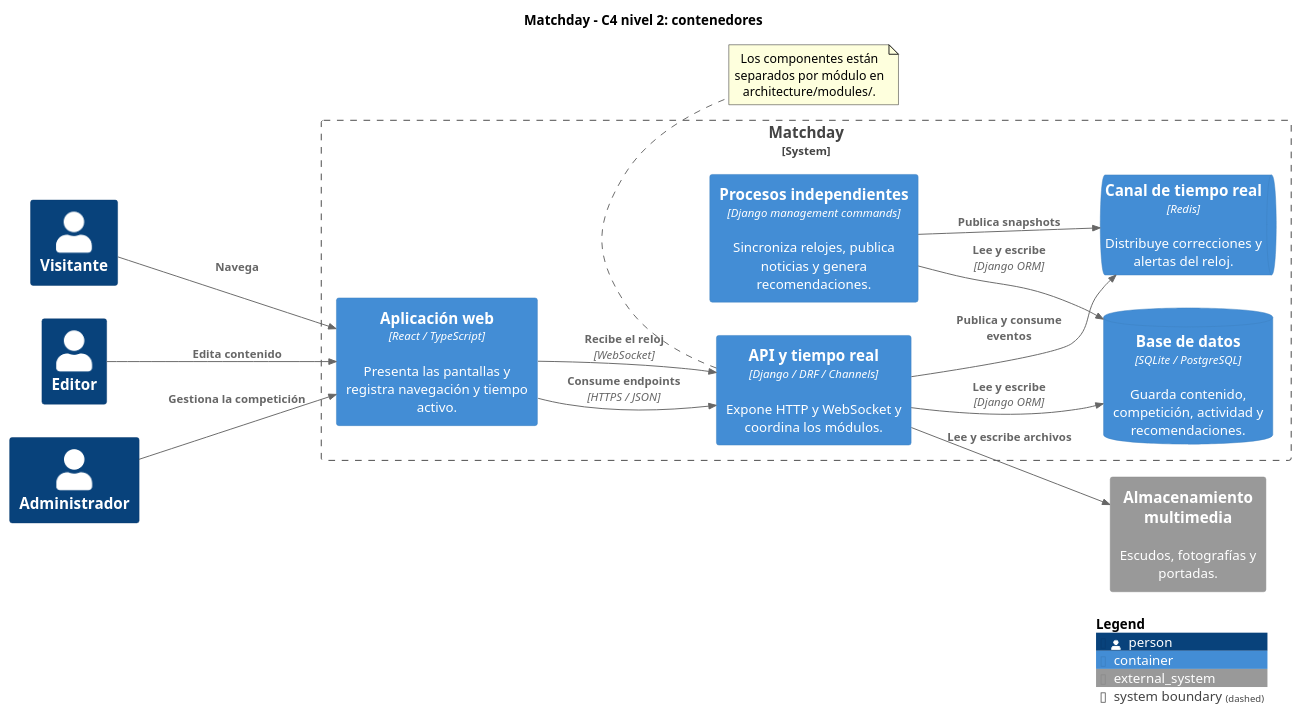
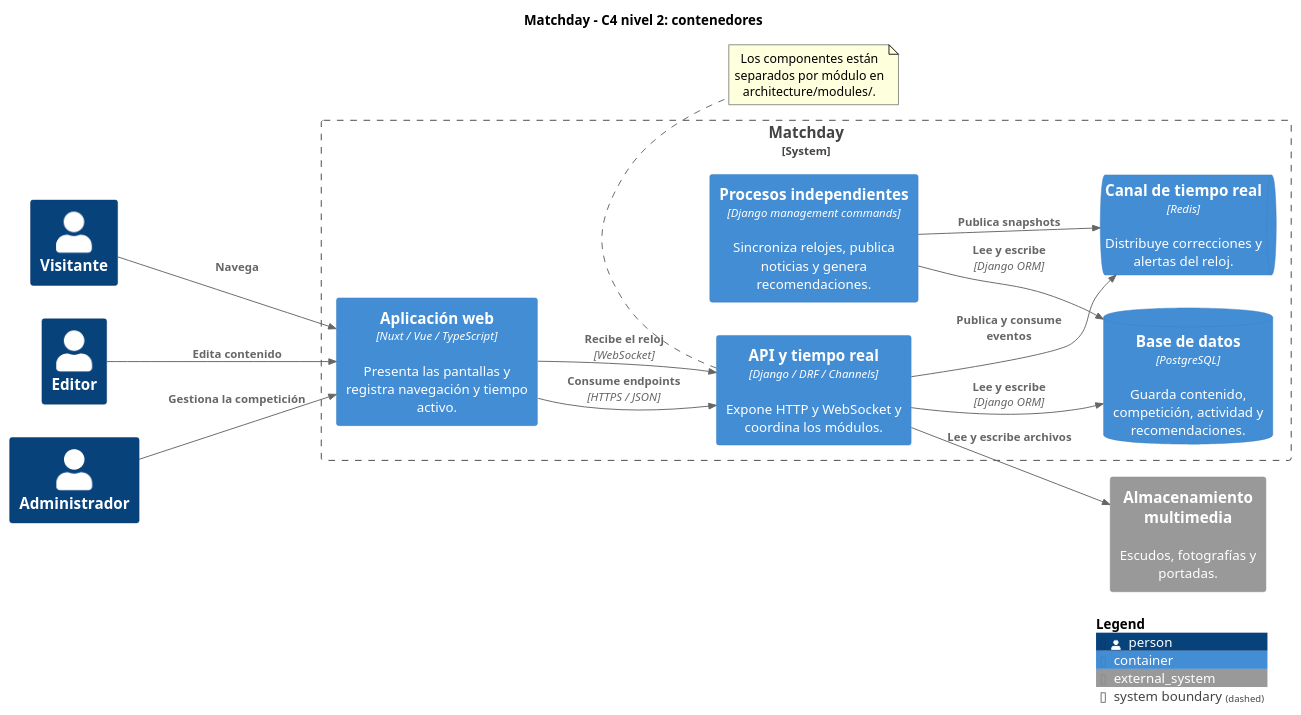
One commit to JaredDet/Match-Day changed the diagram in docs/diagrams/architecture/containers.puml. Above: the diagram before and after it, drawn with PlantUML. The commit also changed 8 other files, not shown here.

Commit message:
feat(backend): integrar PostgreSQL Redis y procesos con Docker

```diff
--- a/docs/diagrams/architecture/containers.puml
+++ b/docs/diagrams/architecture/containers.puml
@@ -1,38 +1,38 @@
 @startuml MatchdayContainers
 !include <C4/C4_Container>
 
 title Matchday - C4 nivel 2: contenedores
 LAYOUT_LEFT_RIGHT()
 
 Person(visitor, "Visitante")
 Person(editor, "Editor")
 Person(admin, "Administrador")
 
 System_Boundary(matchday, "Matchday") {
-  Container(web, "Aplicación web", "React / TypeScript", "Presenta las pantallas y registra navegación y tiempo activo.")
+  Container(web, "Aplicación web", "Nuxt / Vue / TypeScript", "Presenta las pantallas y registra navegación y tiempo activo.")
   Container(api, "API y tiempo real", "Django / DRF / Channels", "Expone HTTP y WebSocket y coordina los módulos.")
-  ContainerDb(database, "Base de datos", "SQLite / PostgreSQL", "Guarda contenido, competición, actividad y recomendaciones.")
+  ContainerDb(database, "Base de datos", "PostgreSQL", "Guarda contenido, competición, actividad y recomendaciones.")
   ContainerQueue(redis, "Canal de tiempo real", "Redis", "Distribuye correcciones y alertas del reloj.")
   Container(worker, "Procesos independientes", "Django management commands", "Sincroniza relojes, publica noticias y genera recomendaciones.")
 }
 
 System_Ext(media, "Almacenamiento multimedia", "Escudos, fotografías y portadas.")
 
 Rel(visitor, web, "Navega")
 Rel(editor, web, "Edita contenido")
 Rel(admin, web, "Gestiona la competición")
 Rel(web, api, "Consume endpoints", "HTTPS / JSON")
 Rel(web, api, "Recibe el reloj", "WebSocket")
 Rel(api, database, "Lee y escribe", "Django ORM")
 Rel(api, redis, "Publica y consume eventos")
 Rel(api, media, "Lee y escribe archivos")
 Rel(worker, database, "Lee y escribe", "Django ORM")
 Rel(worker, redis, "Publica snapshots")
 
 SHOW_LEGEND()
 
 note bottom of api
   Los componentes están separados por módulo en
   architecture/modules/.
 end note
 @enduml
```
